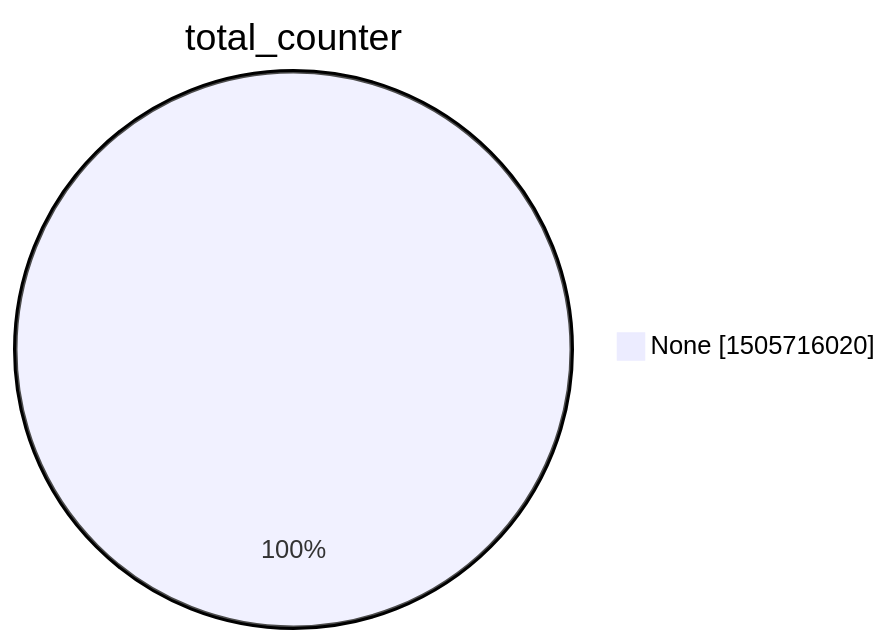
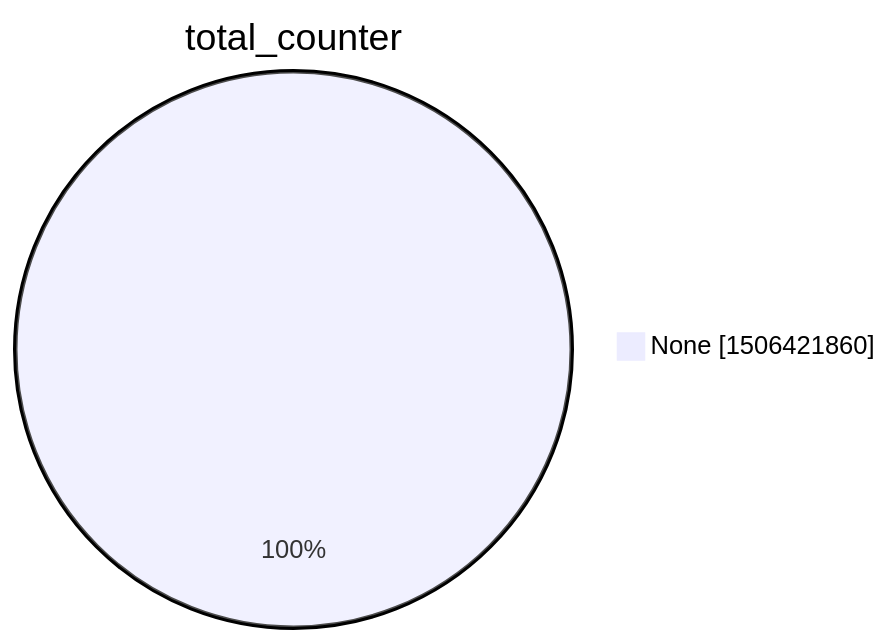
The second of 15 diagrams in xenon2022/README.md (christiankrug/ctmonitor_visualization), drawn with Mermaid before and after one commit. The commit also changed other lines of this file, not shown here.

````diff
--- a/xenon2022/README.md
+++ b/xenon2022/README.md
@@ -9,5 +9,5 @@
 ```mermaid
 pie showData
 title total_counter
-"None" :1505716020
+"None" :1506421860
 ```
````
